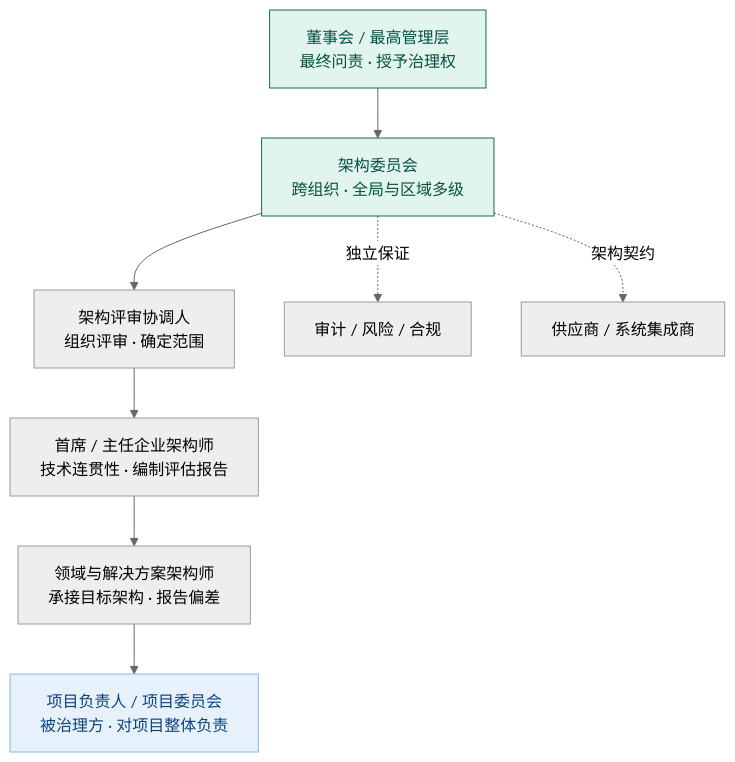
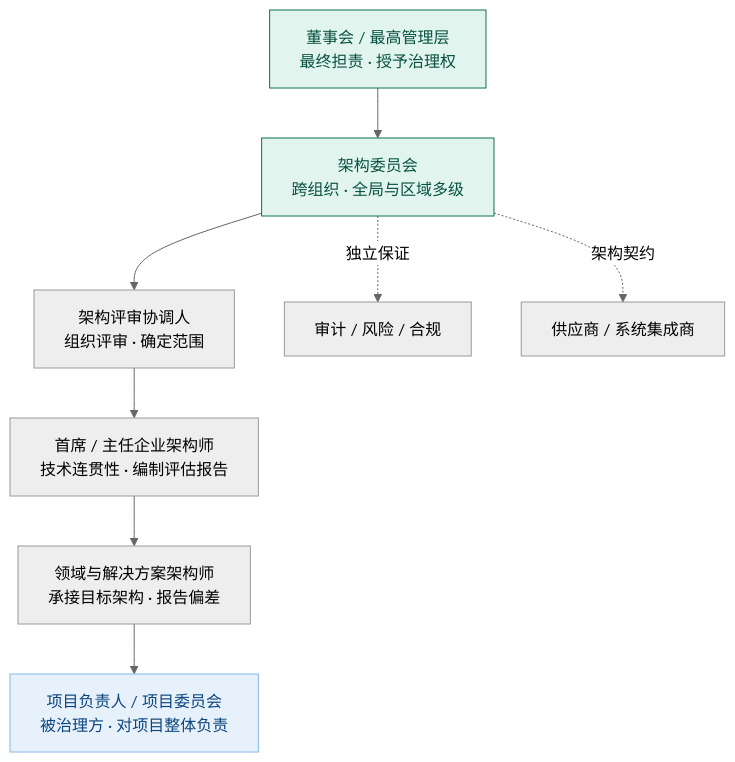
The second of 2 diagrams in 100-subprojects/01-系统工程研究/00-系统工程相关研究报告/29-架构治理研究报告-从标准依据到责任主体.md (Yongjunzhou/AOS-system-design), drawn with Mermaid (neutral theme) before and after one commit. The commit also changed other lines of this file and 38 other files, not shown here.

````diff
--- a/100-subprojects/01-系统工程研究/00-系统工程相关研究报告/29-架构治理研究报告-从标准依据到责任主体.md
+++ b/100-subprojects/01-系统工程研究/00-系统工程相关研究报告/29-架构治理研究报告-从标准依据到责任主体.md
@@ -377,14 +401,14 @@
 ```mermaid
 flowchart TB
-    B["董事会 / 最高管理层<br/>最终问责 · 授予治理权"] --> AB["架构委员会<br/>跨组织 · 全局与区域多级"]
+    B["董事会 / 最高管理层<br/>最终担责 · 授予治理权"] --> AB["架构委员会<br/>跨组织 · 全局与区域多级"]
     AB --> RC["架构评审协调人<br/>组织评审 · 确定范围"]
     RC --> LA["首席 / 主任企业架构师<br/>技术连贯性 · 编制评估报告"]
     LA --> DA["领域与解决方案架构师<br/>承接目标架构 · 报告偏差"]
     DA --> PJ["项目负责人 / 项目委员会<br/>被治理方 · 对项目整体负责"]
     AB -.->|"独立保证"| AU["审计 / 风险 / 合规"]
     AB -.->|"架构契约"| SP["供应商 / 系统集成商"]
 
     style B fill:#E1F5EE,stroke:#0F6E56,color:#085041
     style AB fill:#E1F5EE,stroke:#0F6E56,color:#085041
     style PJ fill:#E6F1FB,stroke:#85B7EB,color:#0C447C
 ```
````
